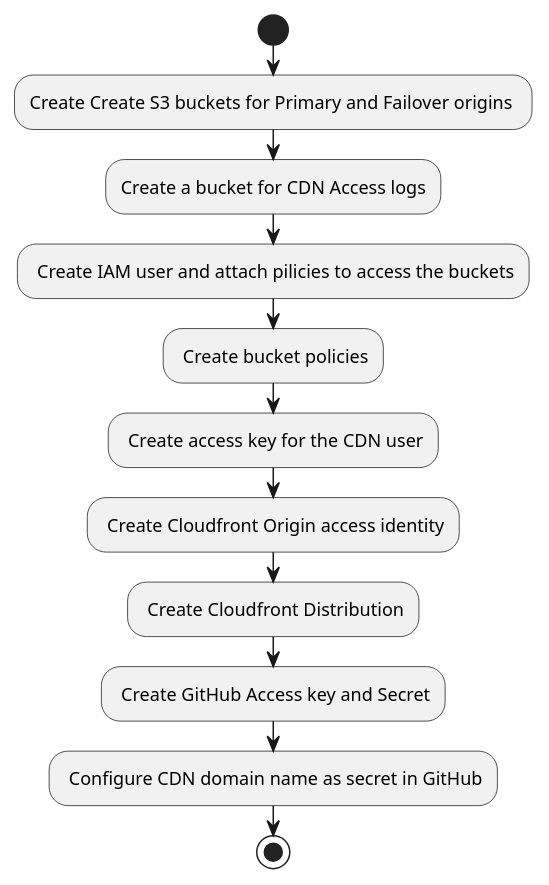
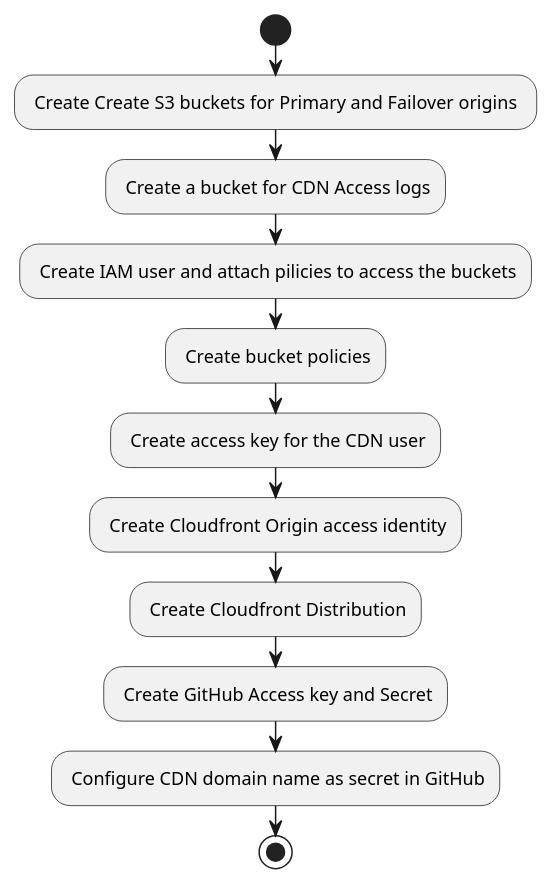
Before and after one commit to brayanperera/3tire_app_fargate: the seventh of 11 diagrams in README.md, drawn with PlantUML. The commit also changed other lines of this file and 3 other files, not shown here.

`````diff
--- a/README.md
+++ b/README.md
@@ -342,15 +353,15 @@
 ````plantuml
 @startuml
 start
-:Create Create S3 buckets for Primary and Failover origins ;
-:Create a bucket for CDN Access logs;
+: Create Create S3 buckets for Primary and Failover origins ;
+: Create a bucket for CDN Access logs;
 : Create IAM user and attach pilicies to access the buckets;
 : Create bucket policies;
 : Create access key for the CDN user;
 : Create Cloudfront Origin access identity;
 : Create Cloudfront Distribution;
 : Create GitHub Access key and Secret;
 : Configure CDN domain name as secret in GitHub;
 stop
 @enduml
 ````
`````
